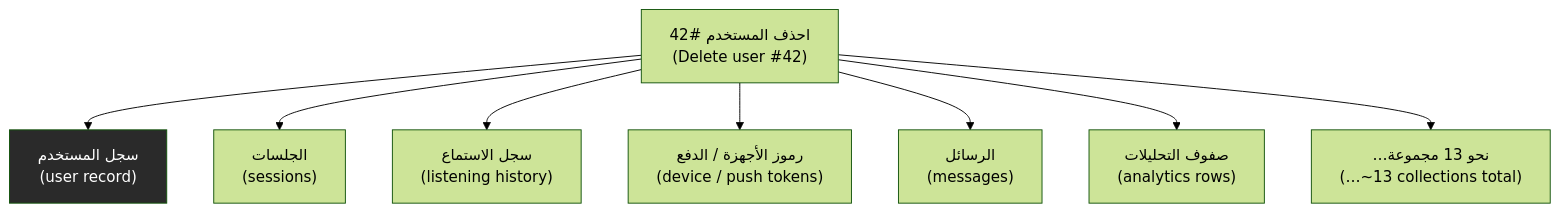
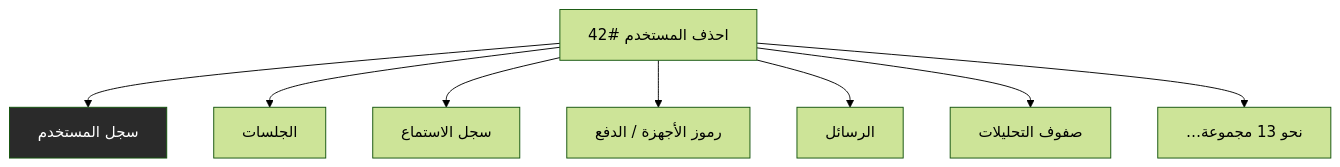
The sixth of 10 diagrams in modules/02-data-storage-backups/module.ar.md (Tamoura/system-design-for-vibe-coders), drawn with Mermaid (forest theme) before and after one commit. The commit also changed other lines of this file and 551 other files, not shown here.

````diff
--- a/modules/02-data-storage-backups/module.ar.md
+++ b/modules/02-data-storage-backups/module.ar.md
@@ -518,11 +518,11 @@
 ```mermaid
 flowchart TD
-    U["احذف المستخدم #42<br/>(Delete user #42)"] --> A["سجل المستخدم<br/>(user record)"]
-    U --> B["الجلسات<br/>(sessions)"]
-    U --> C["سجل الاستماع<br/>(listening history)"]
-    U --> D["رموز الأجهزة / الدفع<br/>(device / push tokens)"]
-    U --> E["الرسائل<br/>(messages)"]
-    U --> F["صفوف التحليلات<br/>(analytics rows)"]
-    U --> G["…نحو 13 مجموعة<br/>(…~13 collections total)"]
+    U["احذف المستخدم #42"] --> A["سجل المستخدم"]
+    U --> B["الجلسات"]
+    U --> C["سجل الاستماع"]
+    U --> D["رموز الأجهزة / الدفع"]
+    U --> E["الرسائل"]
+    U --> F["صفوف التحليلات"]
+    U --> G["…نحو 13 مجموعة"]
     style A fill:#2a2a2a,color:#fff
 ```
````
